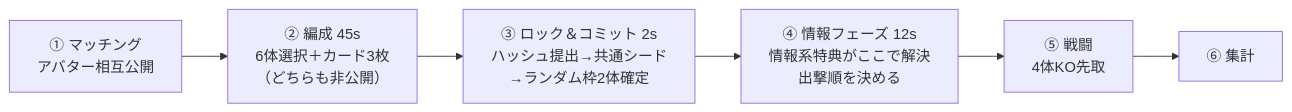
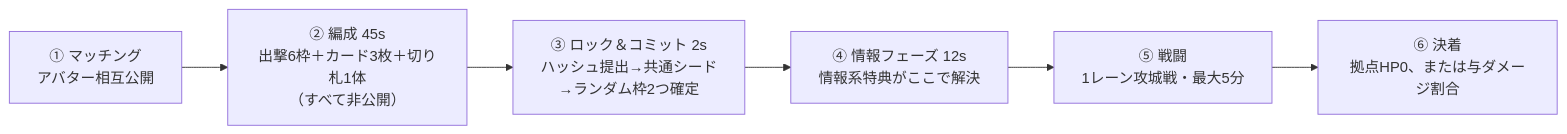
One commit to shogodayo0210-oss/- changed the diagram in game/README.md. Above: the diagram before and after it, drawn with Mermaid. The commit also changed other lines of this file and 7 other files, not shown here.

````diff
--- a/game/README.md
+++ b/game/README.md
@@ -37,8 +50,8 @@
 ```mermaid
 flowchart LR
-  A["① マッチング<br/>アバター相互公開"] --> B["② 編成 45s<br/>6体選択＋カード3枚<br/>（どちらも非公開）"]
-  B --> C["③ ロック＆コミット 2s<br/>ハッシュ提出→共通シード<br/>→ランダム枠2体確定"]
-  C --> D["④ 情報フェーズ 12s<br/>情報系特典がここで解決<br/>出撃順を決める"]
-  D --> E["⑤ 戦闘<br/>4体KO先取"]
-  E --> F["⑥ 集計"]
+  A["① マッチング<br/>アバター相互公開"] --> B["② 編成 45s<br/>出撃6枠＋カード3枚＋切り札1体<br/>（すべて非公開）"]
+  B --> C["③ ロック＆コミット 2s<br/>ハッシュ提出→共通シード<br/>→ランダム枠2つ確定"]
+  C --> D["④ 情報フェーズ 12s<br/>情報系特典がここで解決"]
+  D --> E["⑤ 戦闘<br/>1レーン攻城戦・最大5分"]
+  E --> F["⑥ 決着<br/>拠点HP0、または与ダメージ割合"]
 ```
````
